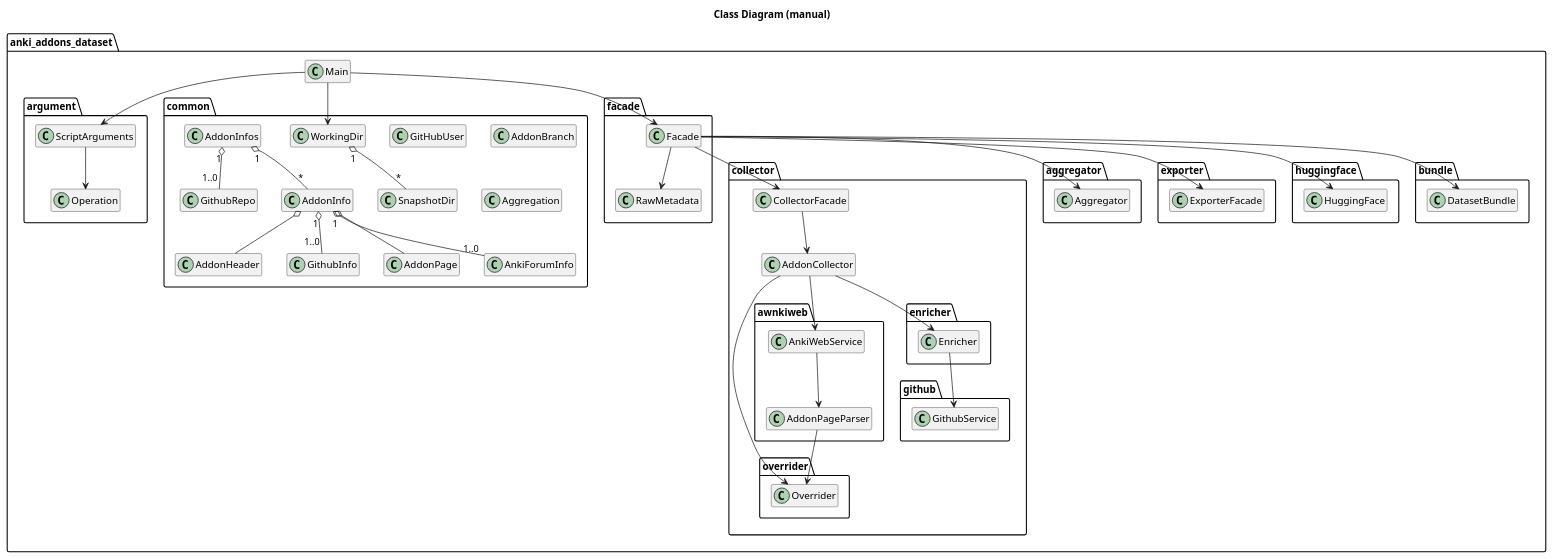
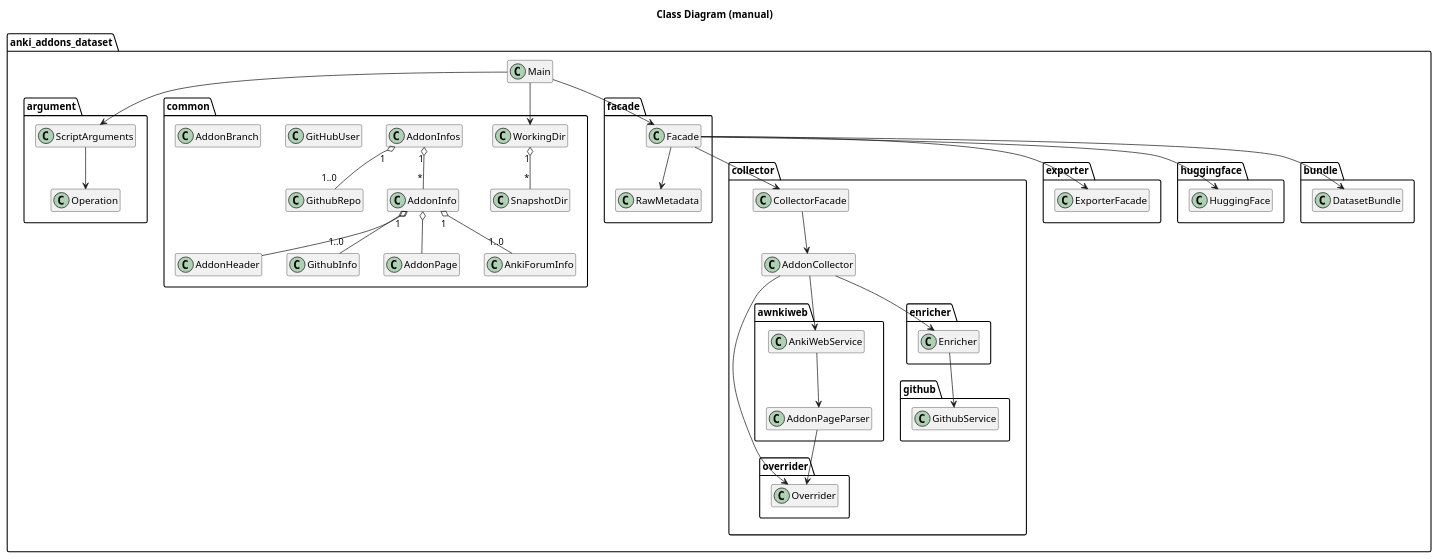
The diagram in doc/uml/human/class-all.puml (Aleks-Ya/anki-addons-dataset), drawn with PlantUML before and after one commit. The commit also changed 18 other files, not shown here.

```diff
--- a/doc/uml/human/class-all.puml
+++ b/doc/uml/human/class-all.puml
@@ -1,89 +1,84 @@
 @startuml
 'https://plantuml.com/class-diagram
 
 title Class Diagram (manual)
 
 hide empty members
 
 package anki_addons_dataset {
     class Main
     package argument {
         class ScriptArguments
         class Operation
     }
     package common {
         class WorkingDir
         class SnapshotDir
         class AddonInfos
         class AddonHeader
         class GitHubUser
         class GithubRepo
         class GithubInfo
         class AddonBranch
         class AddonPage
         class AddonInfo
         class AnkiForumInfo
-        class Aggregation
     }
     package facade {
         class Facade
         class RawMetadata
     }
     package collector {
         class CollectorFacade
         class AddonCollector
         package overrider {
             class Overrider
         }
         package awnkiweb {
             class AddonPageParser
             class AnkiWebService
         }
         package github {
             class GithubService
         }
         package enricher {
             class Enricher
         }
-    }
-    package aggregator {
-        class Aggregator
     }
     package exporter {
         class ExporterFacade
     }
     package huggingface {
         class HuggingFace
     }
     package bundle {
         class DatasetBundle
     }
 }
 
 ScriptArguments --> Operation
 Main --> ScriptArguments
 Main --> WorkingDir
 Main --> Facade
 WorkingDir "1" o-- "*" SnapshotDir
 Facade --> RawMetadata
 Facade --> CollectorFacade
 CollectorFacade --> AddonCollector
 AddonPageParser --> Overrider
 AnkiWebService --> AddonPageParser
 AddonCollector --> AnkiWebService
 AddonCollector --> Overrider
 Enricher --> GithubService
 AddonCollector --> Enricher
-Facade --> Aggregator
 Facade --> ExporterFacade
 Facade --> HuggingFace
 Facade --> DatasetBundle
 
 AddonInfos "1" o-- "*" AddonInfo
 AddonInfos "1" o-- "1..0" GithubRepo
 AddonInfo o-- AddonHeader
 AddonInfo o-- AddonPage
 AddonInfo "1" o-- "1..0" GithubInfo
 AddonInfo "1" o-- "1..0" AnkiForumInfo
 
 @enduml
```
